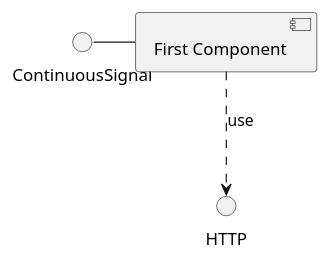
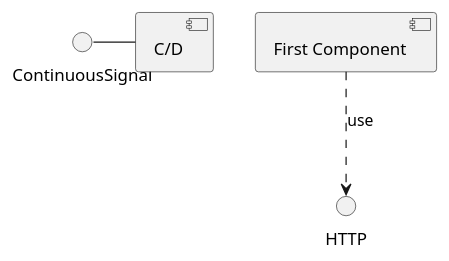
The diagram in Engineering/Signal-Processing/Digital signal processing.md (ashwinreddy/wiki), drawn with PlantUML before and after one commit.

Commit message:
Updated Digital signal processing.md (markdown)

```diff
--- a/Engineering/Signal-Processing/Digital signal processing.md
+++ b/Engineering/Signal-Processing/Digital signal processing.md
@@ -6,4 +6,4 @@
 @startuml
-ContinuousSignal - [First Component]
+ContinuousSignal - [C/D]
 [First Component] ..> HTTP : use
 @enduml
```
